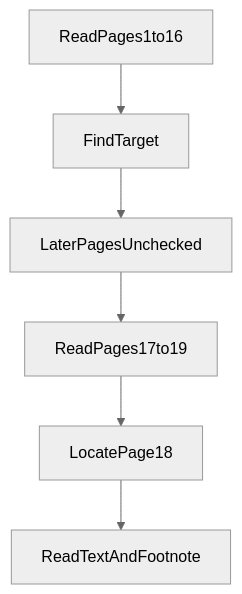
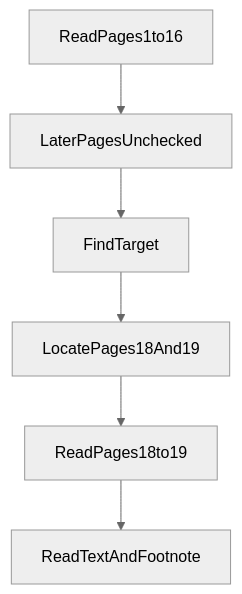
The sixth of 10 diagrams in en/articles/021-agent-web-research-from-search-to-deep-reading.md (hpoenixf/eff-agent-article), drawn with Mermaid (neutral theme) before and after one commit. The commit also changed other lines of this file and 47 other files, not shown here.

````diff
--- a/en/articles/021-agent-web-research-from-search-to-deep-reading.md
+++ b/en/articles/021-agent-web-research-from-search-to-deep-reading.md
@@ -127,8 +138,8 @@
 ```mermaid
 graph TD
-ReadPages1to16 --> FindTarget
-FindTarget --> LaterPagesUnchecked
-LaterPagesUnchecked --> ReadPages17to19
-ReadPages17to19 --> LocatePage18
-LocatePage18 --> ReadTextAndFootnote
+ReadPages1to16 --> LaterPagesUnchecked
+LaterPagesUnchecked --> FindTarget
+FindTarget --> LocatePages18And19
+LocatePages18And19 --> ReadPages18to19
+ReadPages18to19 --> ReadTextAndFootnote
 ```
````
